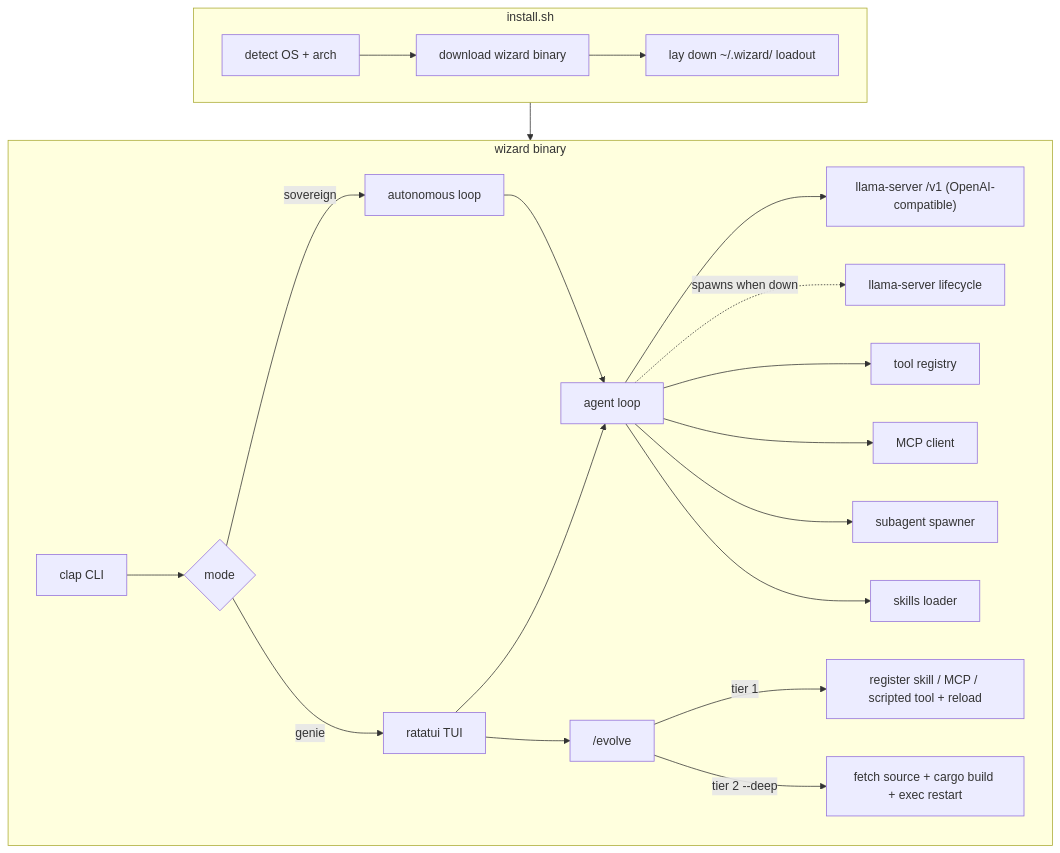
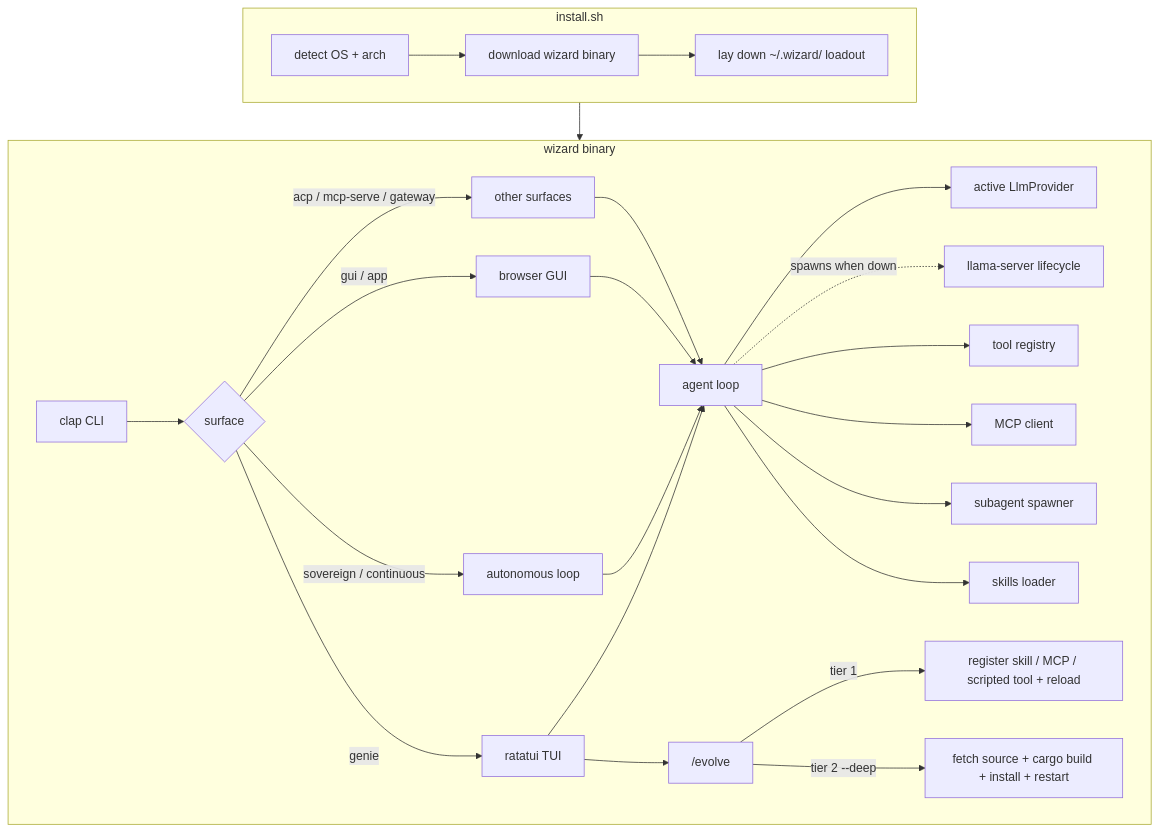
The diagram in docs/architecture.md (birhantprkc/wizard), drawn with Mermaid before and after one commit. The commit also changed other lines of this file and 12 other files, not shown here.

````diff
--- a/docs/architecture.md
+++ b/docs/architecture.md
@@ -7,26 +7,30 @@
 ```mermaid
 flowchart TB
     subgraph install [install.sh]
         A[detect OS + arch] --> D[download wizard binary]
         D --> E["lay down ~/.wizard/ loadout"]
     end
 
     subgraph runtime [wizard binary]
-        CLI[clap CLI] --> Mode{mode}
+        CLI[clap CLI] --> Mode{surface}
         Mode -->|genie| TUI[ratatui TUI]
-        Mode -->|sovereign| Headless[autonomous loop]
+        Mode -->|sovereign / continuous| Headless[autonomous loop]
+        Mode -->|gui / app| GUI[browser GUI]
+        Mode -->|acp / mcp-serve / gateway| Other[other surfaces]
         TUI --> Agent[agent loop]
         Headless --> Agent
-        Agent --> LLM["llama-server /v1 (OpenAI-compatible)"]
+        GUI --> Agent
+        Other --> Agent
+        Agent --> LLM["active LlmProvider"]
         Agent -.spawns when down.-> Server[llama-server lifecycle]
         Agent --> Tools[tool registry]
         Agent --> MCP[MCP client]
         Agent --> Sub[subagent spawner]
         Agent --> Skills[skills loader]
         TUI --> Evolve["/evolve"]
         Evolve -->|tier 1| Live[register skill / MCP / scripted tool + reload]
-        Evolve -->|tier 2 --deep| Build[fetch source + cargo build + exec restart]
+        Evolve -->|tier 2 --deep| Build[fetch source + cargo build + install + restart]
     end
 
     install --> runtime
 ```
````
